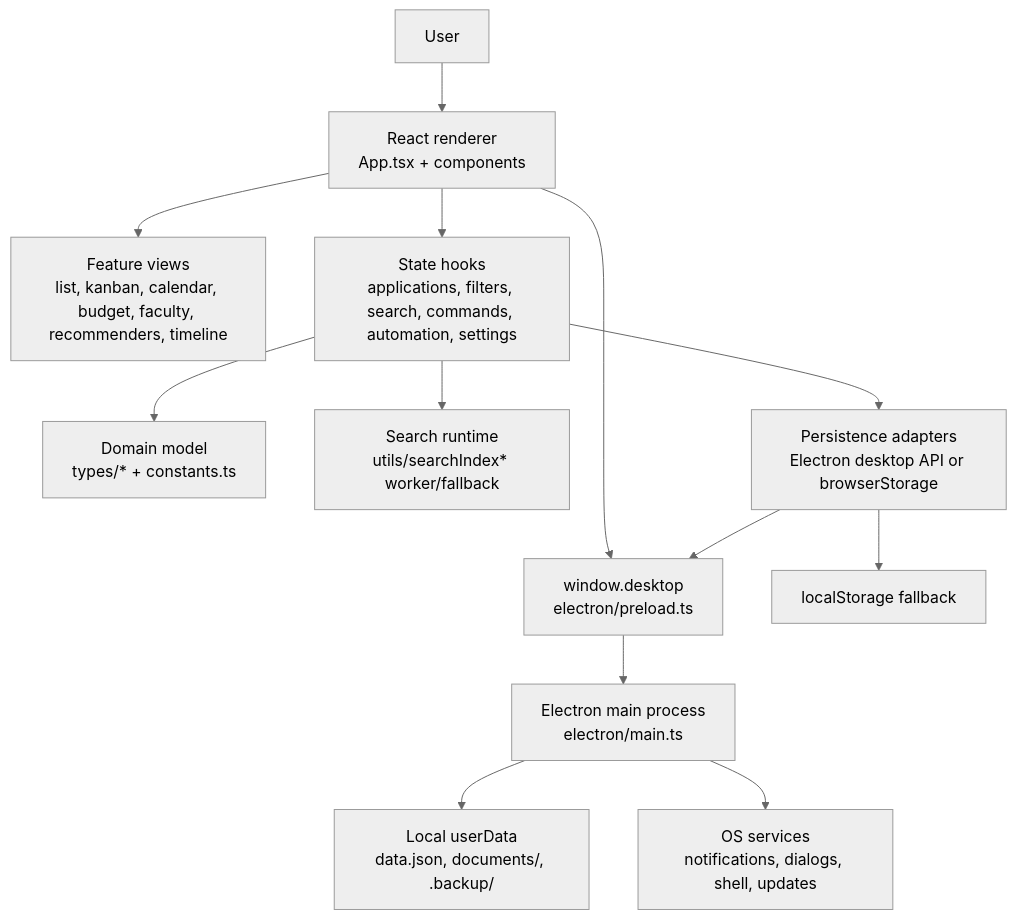
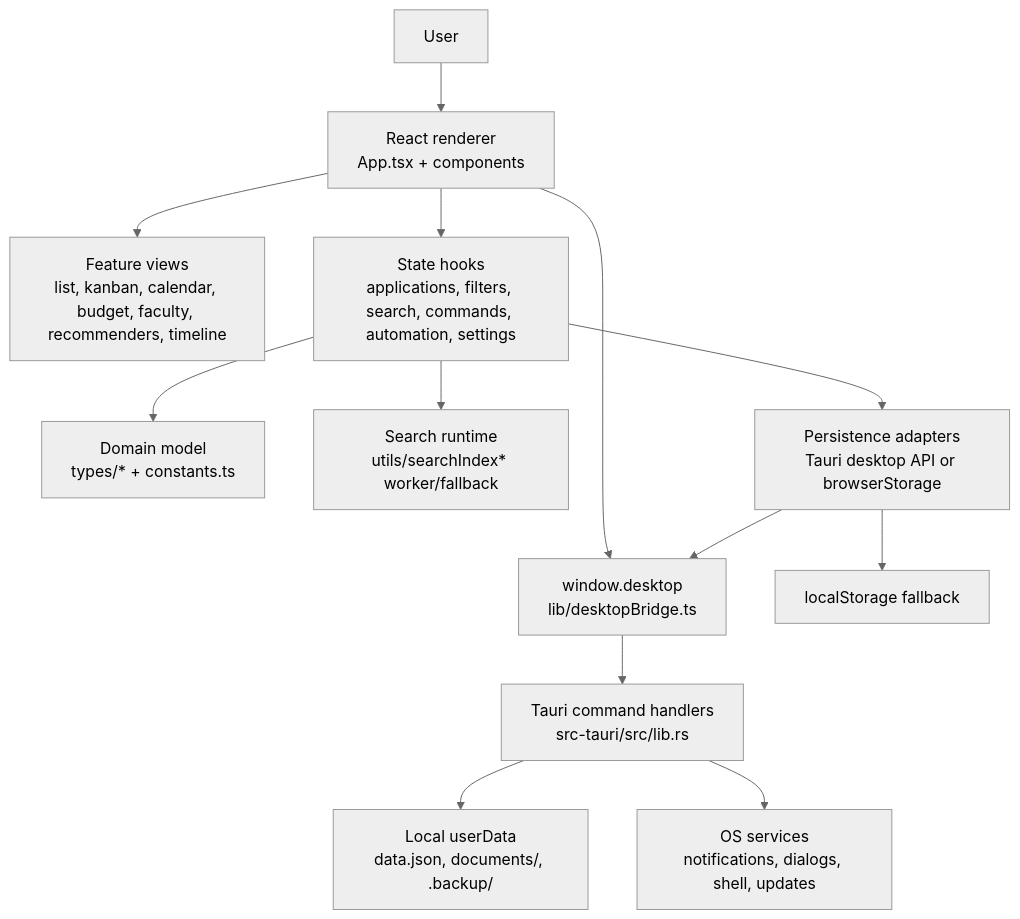
One commit to bharathvbcr/AcademiaTrack changed the first of 3 diagrams in README.md. Above: the diagram before and after it, drawn with Mermaid (neutral theme). The commit also changed other lines of this file and 31 other files, not shown here.

````diff
--- a/README.md
+++ b/README.md
@@ -69,15 +69,15 @@
 ```mermaid
 flowchart TB
   User["User"] --> Renderer["React renderer<br/>App.tsx + components"]
   Renderer --> Views["Feature views<br/>list, kanban, calendar, budget, faculty, recommenders, timeline"]
   Renderer --> Hooks["State hooks<br/>applications, filters, search, commands, automation, settings"]
   Hooks --> Domain["Domain model<br/>types/* + constants.ts"]
   Hooks --> Search["Search runtime<br/>utils/searchIndex* worker/fallback"]
-  Hooks --> Storage["Persistence adapters<br/>Electron desktop API or browserStorage"]
-  Renderer --> Bridge["window.desktop<br/>electron/preload.ts"]
-  Bridge --> Main["Electron main process<br/>electron/main.ts"]
+  Hooks --> Storage["Persistence adapters<br/>Tauri desktop API or browserStorage"]
+  Renderer --> Bridge["window.desktop<br/>lib/desktopBridge.ts"]
+  Bridge --> Main["Tauri command handlers<br/>src-tauri/src/lib.rs"]
   Main --> Files["Local userData<br/>data.json, documents/, .backup/"]
   Main --> OS["OS services<br/>notifications, dialogs, shell, updates"]
   Storage --> Bridge
   Storage --> LocalStorage["localStorage fallback"]
 ```
````
